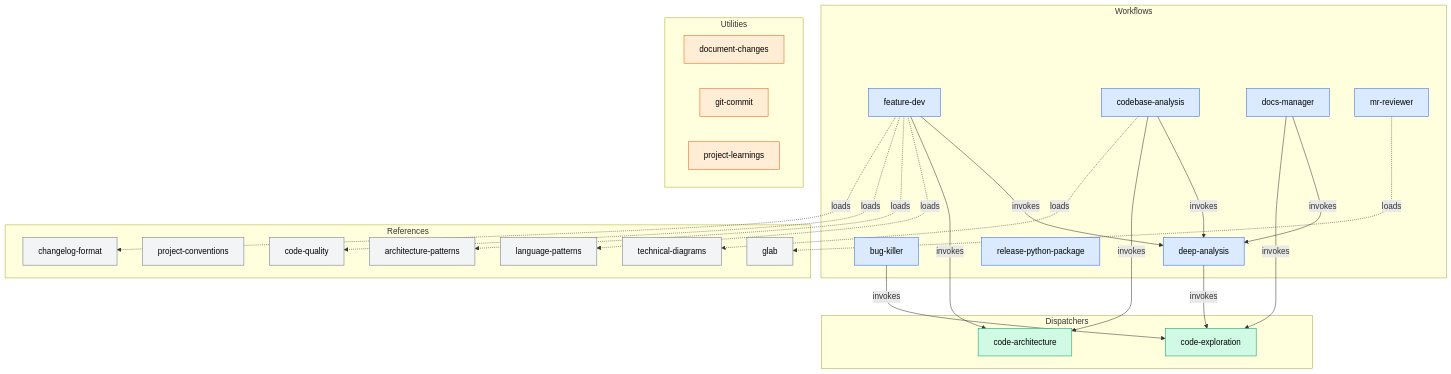
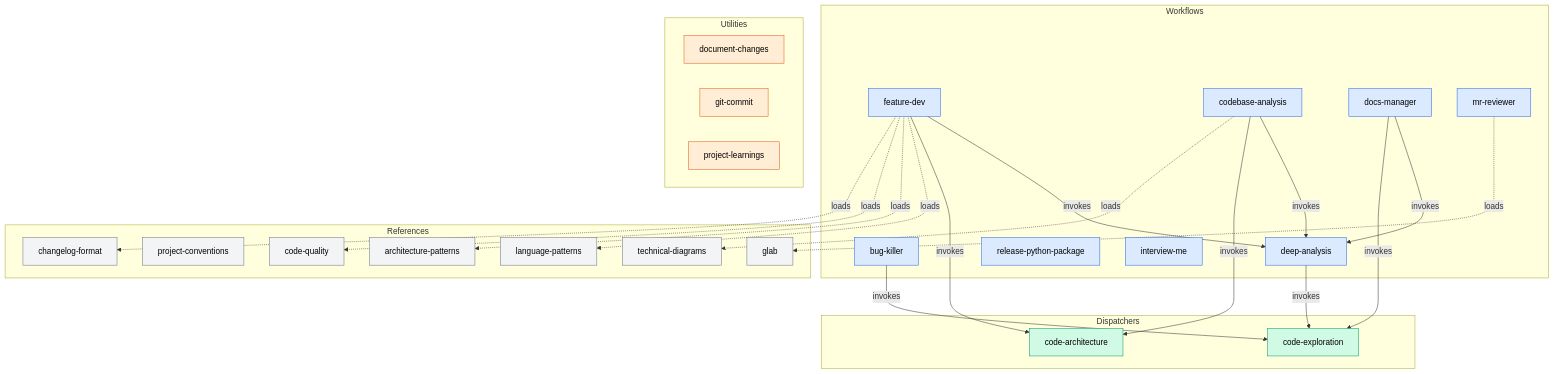
One commit to sequenzia/agent-tools changed the diagram in plugins/core/skills/README.md. Above: the diagram before and after it, drawn with Mermaid. The commit also changed other lines of this file and 9 other files, not shown here.

````diff
--- a/plugins/core/skills/README.md
+++ b/plugins/core/skills/README.md
@@ -18,54 +18,55 @@
 ```mermaid
 flowchart TB
     subgraph Workflows
         FD["feature-dev"]:::workflow
         BK["bug-killer"]:::workflow
         CA["codebase-analysis"]:::workflow
         DA["deep-analysis"]:::workflow
         DM["docs-manager"]:::workflow
         MR["mr-reviewer"]:::workflow
         RP["release-python-package"]:::workflow
+        IM["interview-me"]:::workflow
     end
 
     subgraph Dispatchers
         CE["code-exploration"]:::dispatcher
         CAR["code-architecture"]:::dispatcher
     end
 
     subgraph References
         LP["language-patterns"]:::reference
         PC["project-conventions"]:::reference
         TD["technical-diagrams"]:::reference
         AP["architecture-patterns"]:::reference
         CQ["code-quality"]:::reference
         CF["changelog-format"]:::reference
         GL["glab"]:::reference
     end
 
     subgraph Utilities
         DC["document-changes"]:::utility
         GC["git-commit"]:::utility
         PL["project-learnings"]:::utility
     end
 
     FD -->|"invokes"| DA
     FD -->|"invokes"| CAR
     BK -->|"invokes"| CE
     CA -->|"invokes"| DA
     CA -->|"invokes"| CAR
     DA -->|"invokes"| CE
     DM -->|"invokes"| DA
     DM -->|"invokes"| CE
     MR -.->|"loads"| GL
 
     FD -.->|"loads"| LP
     FD -.->|"loads"| AP
     FD -.->|"loads"| CQ
     FD -.->|"loads"| CF
     CA -.->|"loads"| TD
 
     classDef workflow fill:#dbeafe,stroke:#2563eb,color:#000
     classDef dispatcher fill:#d1fae5,stroke:#059669,color:#000
     classDef reference fill:#f3f4f6,stroke:#6b7280,color:#000
     classDef utility fill:#ffedd5,stroke:#ea580c,color:#000
 ```
````
